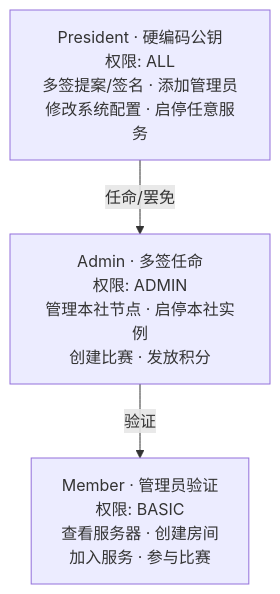
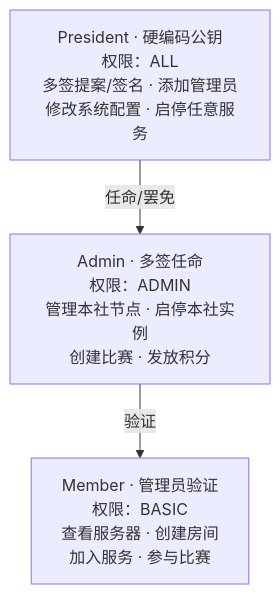
One commit to JLUCraft/docs changed the second of 3 diagrams in pages/design/governance.md. Above: the diagram before and after it, drawn with Mermaid. The commit also changed other lines of this file and 23 other files, not shown here.

````diff
--- a/pages/design/governance.md
+++ b/pages/design/governance.md
@@ -43,9 +43,9 @@
 ```mermaid
 flowchart TB
-  P["President · 硬编码公钥<br/>权限: ALL<br/>多签提案/签名 · 添加管理员<br/>修改系统配置 · 启停任意服务"]
-  A["Admin · 多签任命<br/>权限: ADMIN<br/>管理本社节点 · 启停本社实例<br/>创建比赛 · 发放积分"]
-  M["Member · 管理员验证<br/>权限: BASIC<br/>查看服务器 · 创建房间<br/>加入服务 · 参与比赛"]
+  P["President · 硬编码公钥<br/>权限：ALL<br/>多签提案/签名 · 添加管理员<br/>修改系统配置 · 启停任意服务"]
+  A["Admin · 多签任命<br/>权限：ADMIN<br/>管理本社节点 · 启停本社实例<br/>创建比赛 · 发放积分"]
+  M["Member · 管理员验证<br/>权限：BASIC<br/>查看服务器 · 创建房间<br/>加入服务 · 参与比赛"]
 
   P -->|任命/罢免| A
   A -->|验证| M
 ```
````
